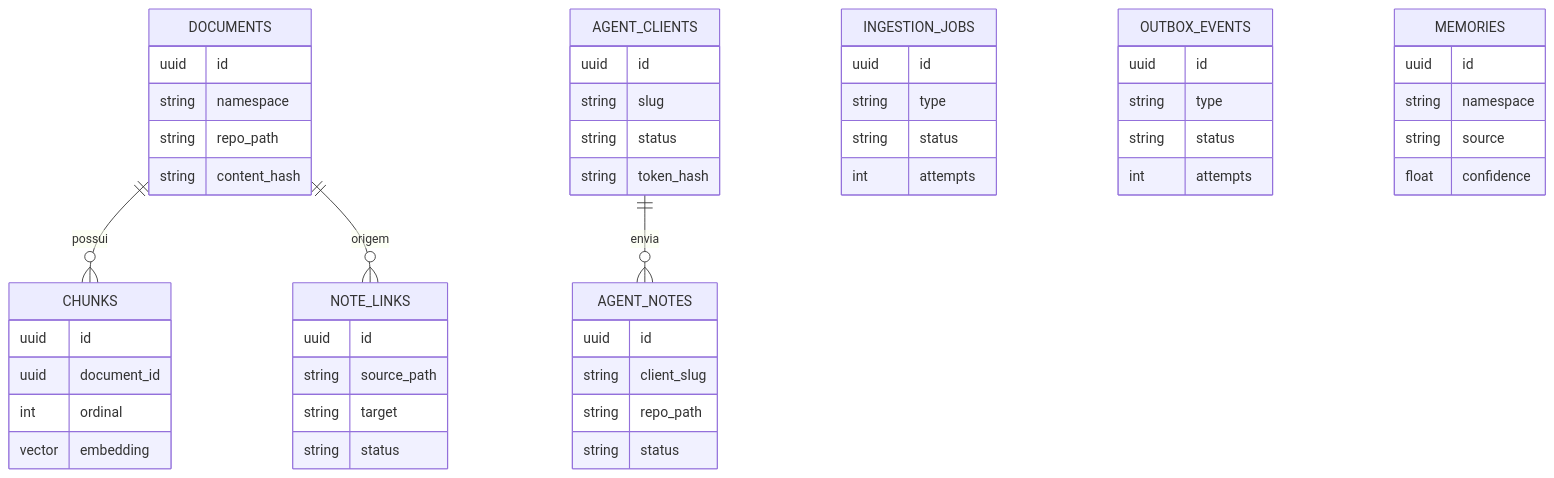
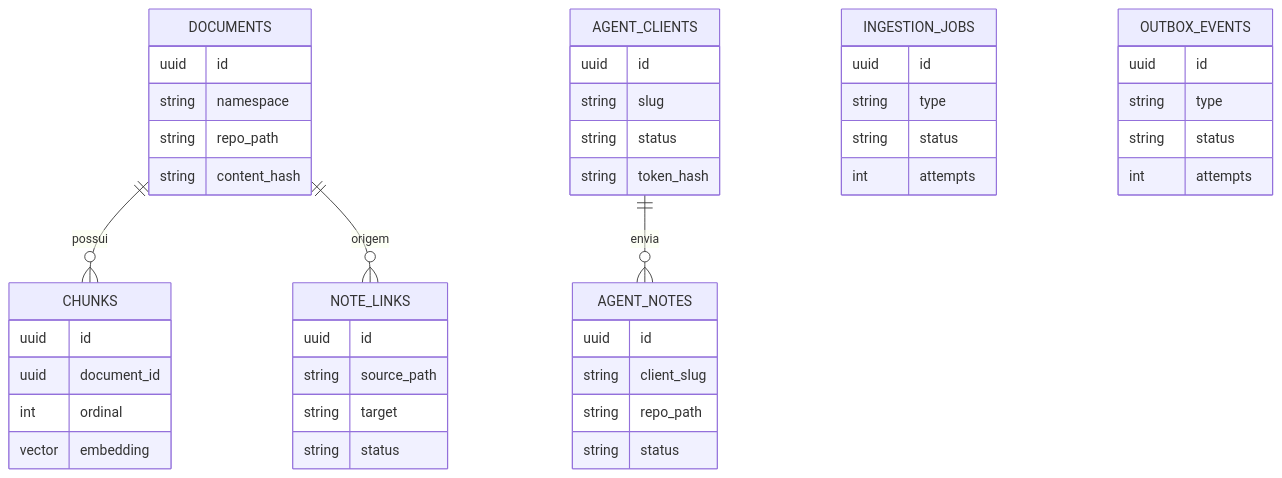
One commit to renatinhosfaria/brain changed the diagram in docs/data-model.md. Above: the diagram before and after it, drawn with Mermaid. The commit also changed other lines of this file and 3 other files, not shown here.

````diff
--- a/docs/data-model.md
+++ b/docs/data-model.md
@@ -17,54 +17,48 @@
 ```mermaid
 erDiagram
     DOCUMENTS ||--o{ CHUNKS : possui
     DOCUMENTS ||--o{ NOTE_LINKS : origem
     AGENT_CLIENTS ||--o{ AGENT_NOTES : envia
     INGESTION_JOBS {
         uuid id
         string type
         string status
         int attempts
     }
     OUTBOX_EVENTS {
         uuid id
         string type
         string status
         int attempts
     }
     DOCUMENTS {
         uuid id
         string namespace
         string repo_path
         string content_hash
     }
     CHUNKS {
         uuid id
         uuid document_id
         int ordinal
         vector embedding
     }
-    MEMORIES {
-        uuid id
-        string namespace
-        string source
-        float confidence
-    }
     AGENT_CLIENTS {
         uuid id
         string slug
         string status
         string token_hash
     }
     AGENT_NOTES {
         uuid id
         string client_slug
         string repo_path
         string status
     }
     NOTE_LINKS {
         uuid id
         string source_path
         string target
         string status
     }
 ```
````
